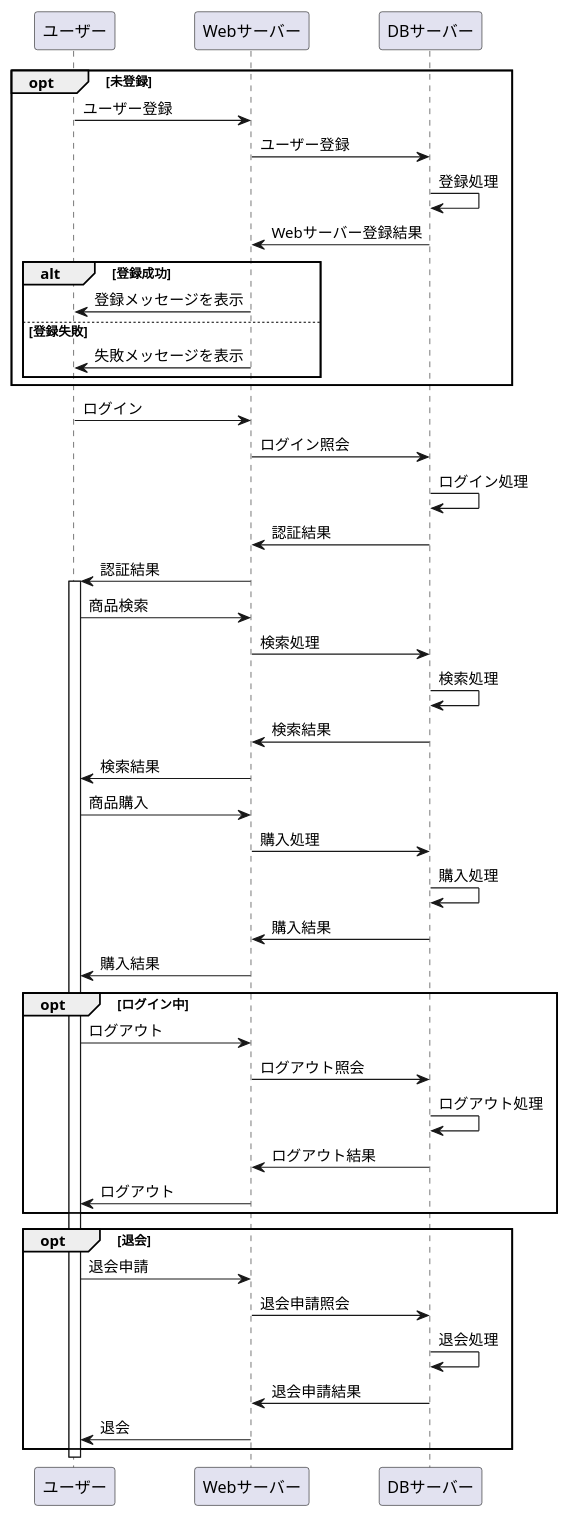
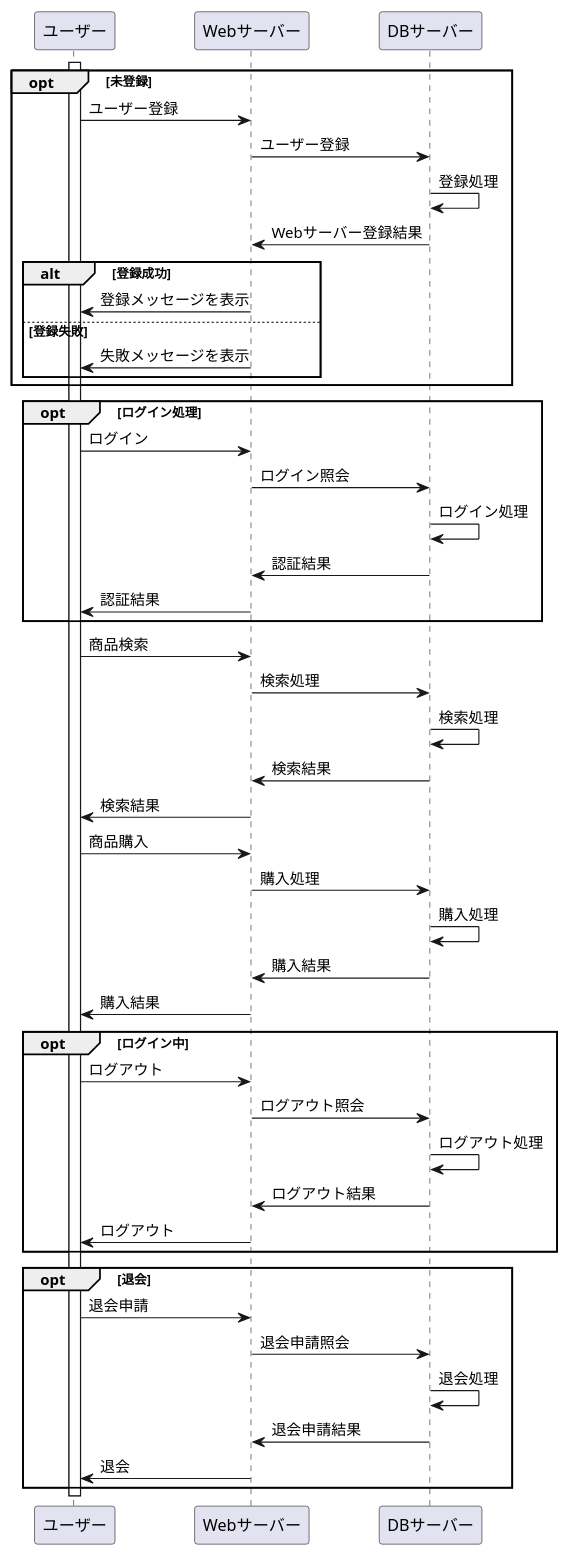
Before and after one commit to Aso2001163/2021sys-design-2: the diagram in Mypage(業務フロー).md, drawn with PlantUML.

````diff
--- a/Mypage(業務フロー).md
+++ b/Mypage(業務フロー).md
@@ -1,60 +1,62 @@
 ```uml
 @startuml
 opt 未登録
 
 ユーザー -> Webサーバー:ユーザー登録
 Webサーバー -> DBサーバー:ユーザー登録
 DBサーバー -> DBサーバー:登録処理
 DBサーバー -> Webサーバー:Webサーバー登録結果
 
   alt 登録成功
    Webサーバー -> ユーザー:登録メッセージを表示
   else 登録失敗
    Webサーバー -> ユーザー:失敗メッセージを表示
   end
 end
 
-
+opt ログイン処理
 ユーザー -> Webサーバー:ログイン
 Webサーバー -> DBサーバー:ログイン照会
 DBサーバー -> DBサーバー:ログイン処理
 DBサーバー -> Webサーバー:認証結果
 Webサーバー -> ユーザー:認証結果
+
+end
 
 activate ユーザー
 
 ユーザー -> Webサーバー:商品検索
 Webサーバー -> DBサーバー:検索処理
 DBサーバー -> DBサーバー:検索処理
 DBサーバー -> Webサーバー:検索結果
 Webサーバー -> ユーザー:検索結果
 
 ユーザー -> Webサーバー:商品購入
 Webサーバー -> DBサーバー:購入処理
 DBサーバー -> DBサーバー:購入処理
 DBサーバー -> Webサーバー:購入結果
 Webサーバー -> ユーザー:購入結果
 
 opt ログイン中
 
 ユーザー -> Webサーバー:ログアウト
 Webサーバー -> DBサーバー:ログアウト照会
 DBサーバー -> DBサーバー:ログアウト処理
 DBサーバー -> Webサーバー:ログアウト結果
 Webサーバー -> ユーザー:ログアウト
 
 end
 
 opt 退会
 
 ユーザー -> Webサーバー:退会申請
 Webサーバー -> DBサーバー:退会申請照会
 DBサーバー -> DBサーバー:退会処理
 DBサーバー -> Webサーバー:退会申請結果
 Webサーバー -> ユーザー:退会
 
 end
 
 deactivate ユーザー
 @enduml
 ```
````
